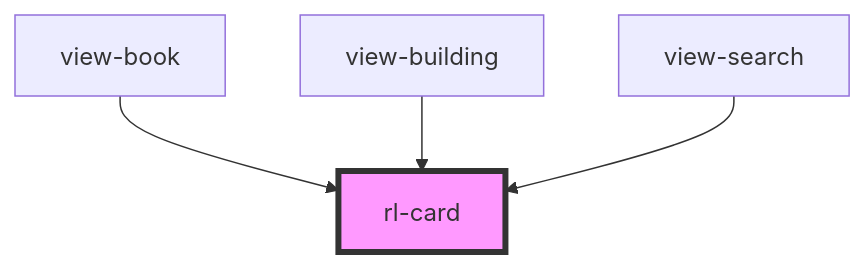
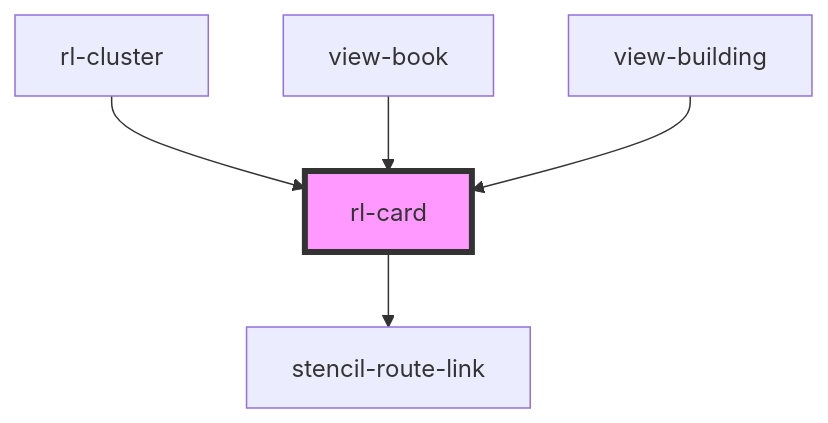
The diagram in src/components/card/readme.md (torontomulibrary/building-info-system), drawn with Mermaid before and after one commit. The commit also changed other lines of this file and 11 other files, not shown here.

````diff
--- a/src/components/card/readme.md
+++ b/src/components/card/readme.md
@@ -42,7 +46,8 @@
 ```mermaid
 graph TD;
+  rl-card --> stencil-route-link
+  rl-cluster --> rl-card
   view-book --> rl-card
   view-building --> rl-card
-  view-search --> rl-card
   style rl-card fill:#f9f,stroke:#333,stroke-width:4px
 ```
````
